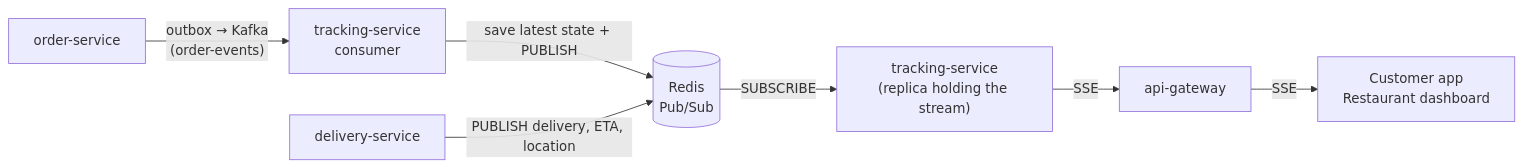
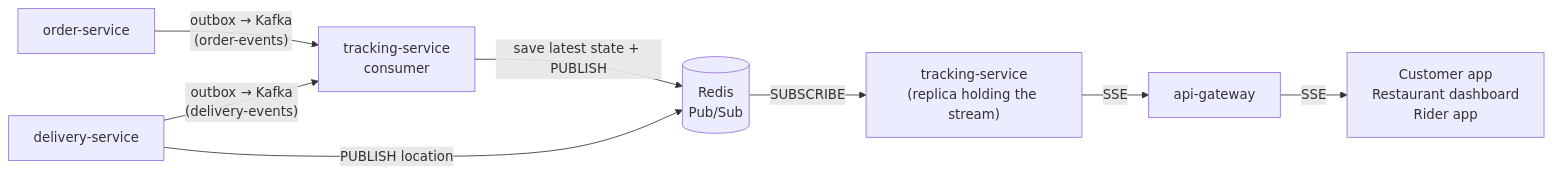
The third of 27 diagrams in docs/diagrams.md (umer-emumba/smartfoodops-ms), drawn with Mermaid before and after one commit. The commit also changed other lines of this file and 19 other files, not shown here.

````diff
--- a/docs/diagrams.md
+++ b/docs/diagrams.md
@@ -107,9 +107,10 @@
 ```mermaid
 flowchart LR
     OS[order-service] -->|"outbox → Kafka<br/>(order-events)"| TC["tracking-service<br/>consumer"]
+    DS[delivery-service] -->|"outbox → Kafka<br/>(delivery-events)"| TC
     TC -->|"save latest state + PUBLISH"| RD[("Redis<br/>Pub/Sub")]
-    DS[delivery-service] -->|"PUBLISH delivery, ETA, location"| RD
+    DS -->|"PUBLISH location"| RD
     RD -->|SUBSCRIBE| TS["tracking-service<br/>(replica holding the stream)"]
     TS -->|SSE| GW[api-gateway]
-    GW -->|SSE| S["Customer app<br/>Restaurant dashboard"]
+    GW -->|SSE| S["Customer app<br/>Restaurant dashboard<br/>Rider app"]
 ```
````
